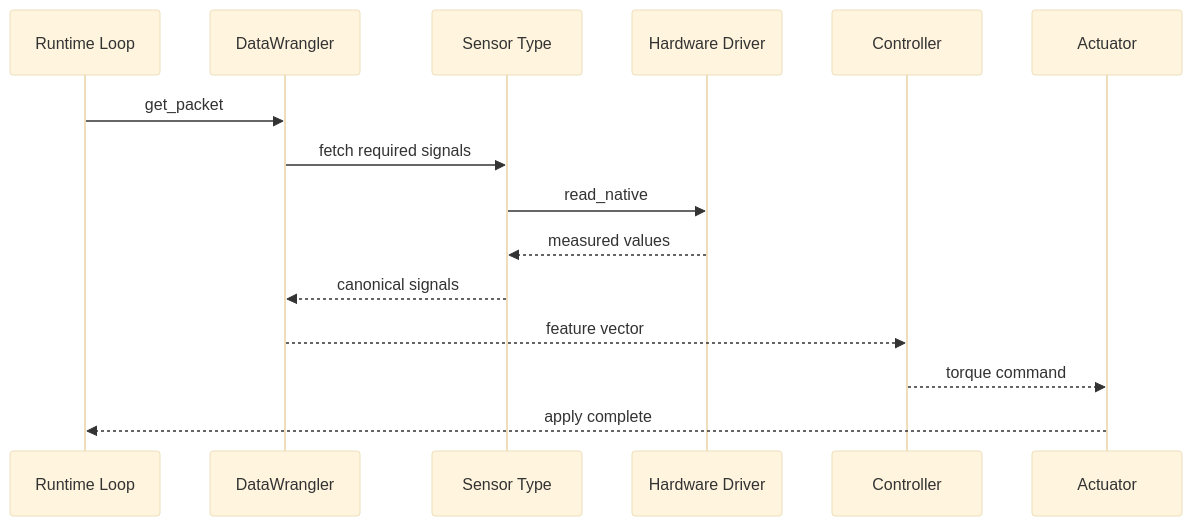
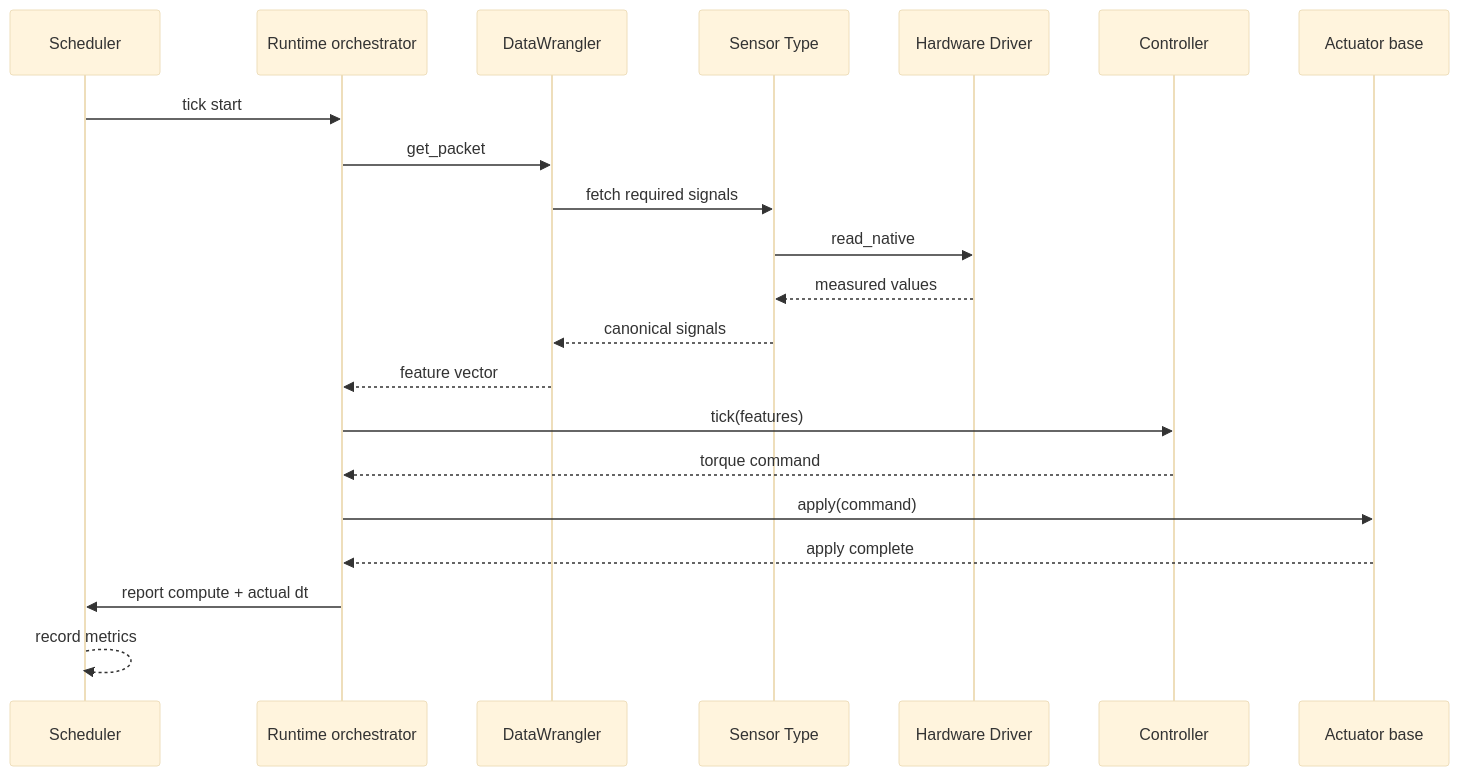
The third of 6 diagrams in docs/architecture.md (jmontp/raspberry-pi-controller-runtime), drawn with Mermaid (base theme) before and after one commit. The commit also changed other lines of this file and 10 other files, not shown here.

````diff
--- a/docs/architecture.md
+++ b/docs/architecture.md
@@ -115,18 +117,24 @@
 ```mermaid
 sequenceDiagram
-    participant Runtime as Runtime Loop
+    participant Scheduler as Scheduler
+    participant Runtime as Runtime orchestrator
     participant Wrangler as DataWrangler
     participant SensorType as Sensor Type
     participant Driver as Hardware Driver
     participant Controller as Controller
-    participant Actuator as Actuator
+    participant Actuator as Actuator base
 
+    Scheduler->>Runtime: tick start
     Runtime->>Wrangler: get_packet
     Wrangler->>SensorType: fetch required signals
     SensorType->>Driver: read_native
     Driver-->>SensorType: measured values
     SensorType-->>Wrangler: canonical signals
-    Wrangler-->>Controller: feature vector
-    Controller-->>Actuator: torque command
+    Wrangler-->>Runtime: feature vector
+    Runtime->>Controller: tick(features)
+    Controller-->>Runtime: torque command
+    Runtime->>Actuator: apply(command)
     Actuator-->>Runtime: apply complete
+    Runtime->>Scheduler: report compute + actual dt
+    Scheduler-->>Scheduler: record metrics
 ```
````
